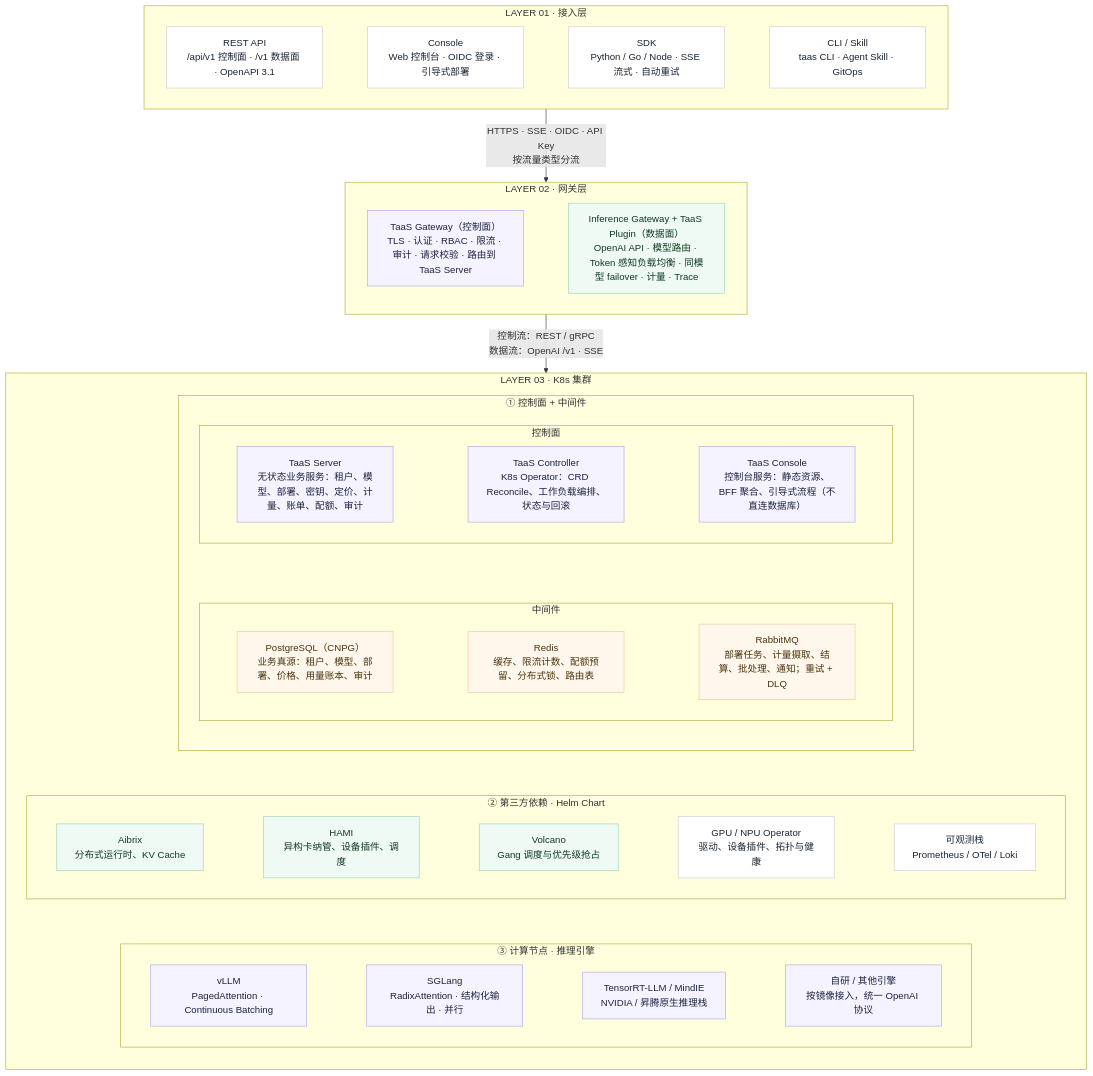
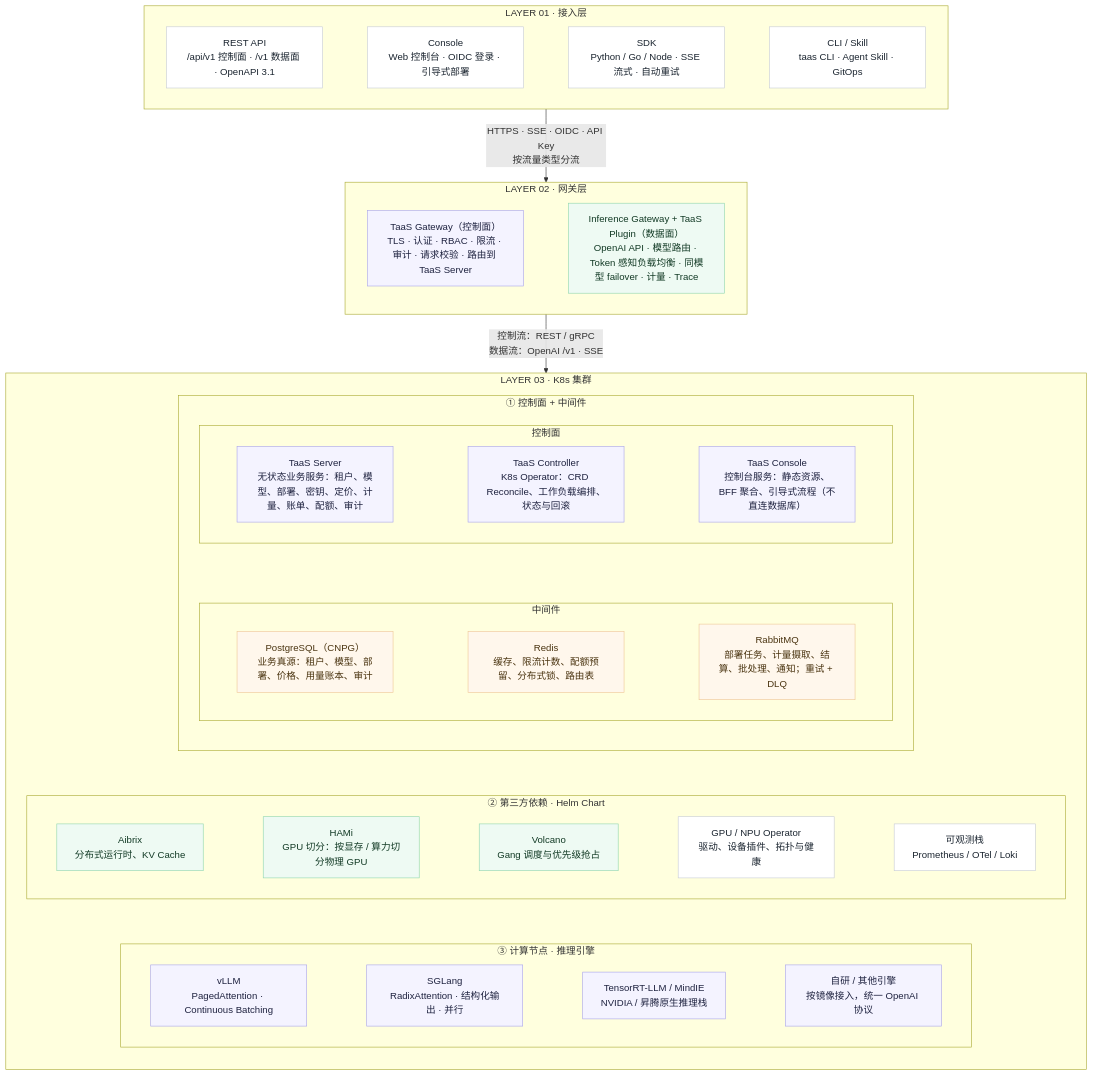
One commit to go-taas/go-taas changed the first of 6 diagrams in site/docs/design/architecture.zh-cn.md. Above: the diagram before and after it, drawn with Mermaid. The commit also changed other lines of this file and 24 other files, not shown here.

First line of the commit message:
docs(vgpu): scope HAMi to GPU slicing only

````diff
--- a/site/docs/design/architecture.zh-cn.md
+++ b/site/docs/design/architecture.zh-cn.md
@@ -15,66 +15,66 @@
 ```mermaid
 flowchart TB
 subgraph L1["LAYER 01 · 接入层"]
     direction LR
     A1["REST API<br/>/api/v1 控制面 · /v1 数据面 · OpenAPI 3.1"]:::cell
     A2["Console<br/>Web 控制台 · OIDC 登录 · 引导式部署"]:::cell
     A3["SDK<br/>Python / Go / Node · SSE 流式 · 自动重试"]:::cell
     A4["CLI / Skill<br/>taas CLI · Agent Skill · GitOps"]:::cell
     A1 ~~~ A2 ~~~ A3 ~~~ A4
 end
 
 subgraph L2["LAYER 02 · 网关层"]
     direction LR
     G1["TaaS Gateway（控制面）<br/>TLS · 认证 · RBAC · 限流 · 审计 · 请求校验 · 路由到 TaaS Server"]:::cp
     G2["Inference Gateway + TaaS Plugin（数据面）<br/>OpenAI API · 模型路由 · Token 感知负载均衡 · 同模型 failover · 计量 · Trace"]:::dp
     G1 ~~~ G2
 end
 
 subgraph L3["LAYER 03 · K8s 集群"]
     direction TB
     subgraph L3A["① 控制面 + 中间件"]
         direction TB
         subgraph L3A1["控制面"]
             direction LR
             S1["TaaS Server<br/>无状态业务服务：租户、模型、部署、密钥、定价、计量、账单、配额、审计"]:::cp
             S2["TaaS Controller<br/>K8s Operator：CRD Reconcile、工作负载编排、状态与回滚"]:::cp
             S3["TaaS Console<br/>控制台服务：静态资源、BFF 聚合、引导式流程（不直连数据库）"]:::cp
             S1 ~~~ S2 ~~~ S3
         end
         subgraph L3A2["中间件"]
             direction LR
             M1["PostgreSQL（CNPG）<br/>业务真源：租户、模型、部署、价格、用量账本、审计"]:::mw
             M2["Redis<br/>缓存、限流计数、配额预留、分布式锁、路由表"]:::mw
             M3["RabbitMQ<br/>部署任务、计量摄取、结算、批处理、通知；重试 + DLQ"]:::mw
             M1 ~~~ M2 ~~~ M3
         end
         L3A1 ~~~ L3A2
     end
     subgraph L3B["② 第三方依赖 · Helm Chart"]
         direction LR
         B1["Aibrix<br/>分布式运行时、KV Cache"]:::dp
-        B2["HAMI<br/>异构卡纳管、设备插件、调度"]:::dp
+        B2["HAMi<br/>GPU 切分：按显存 / 算力切分物理 GPU"]:::dp
         B3["Volcano<br/>Gang 调度与优先级抢占"]:::dp
         B4["GPU / NPU Operator<br/>驱动、设备插件、拓扑与健康"]:::cell
         B5["可观测栈<br/>Prometheus / OTel / Loki"]:::cell
         B1 ~~~ B2 ~~~ B3 ~~~ B4 ~~~ B5
     end
     subgraph L3C["③ 计算节点 · 推理引擎"]
         direction LR
         C1["vLLM<br/>PagedAttention · Continuous Batching"]:::cp
         C2["SGLang<br/>RadixAttention · 结构化输出 · 并行"]:::cp
         C3["TensorRT-LLM / MindIE<br/>NVIDIA / 昇腾原生推理栈"]:::cp
         C4["自研 / 其他引擎<br/>按镜像接入，统一 OpenAI 协议"]:::cp
         C1 ~~~ C2 ~~~ C3 ~~~ C4
     end
     L3A ~~~ L3B ~~~ L3C
 end
 
 L1 -->|"HTTPS · SSE · OIDC · API Key<br/>按流量类型分流"| L2
 L2 -->|"控制流：REST / gRPC<br/>数据流：OpenAI /v1 · SSE"| L3
 
 classDef cell fill:#ffffff,stroke:#c7ccd6,color:#1b2530
 classDef cp fill:#f4f3ff,stroke:#a9a4ea,color:#1f2340
 classDef dp fill:#eefaf3,stroke:#8fd6ae,color:#123a25
 classDef mw fill:#fff7ec,stroke:#eec796,color:#4a3410
 ```
````
